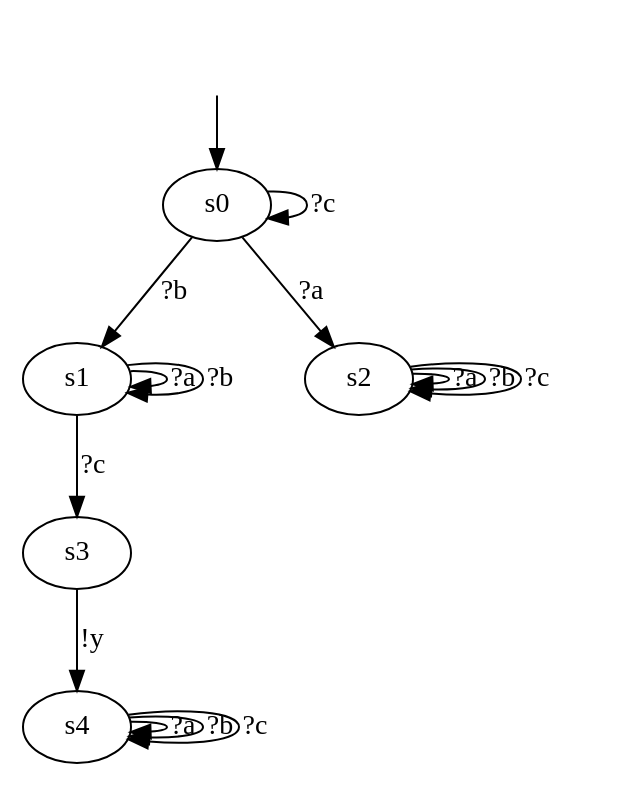
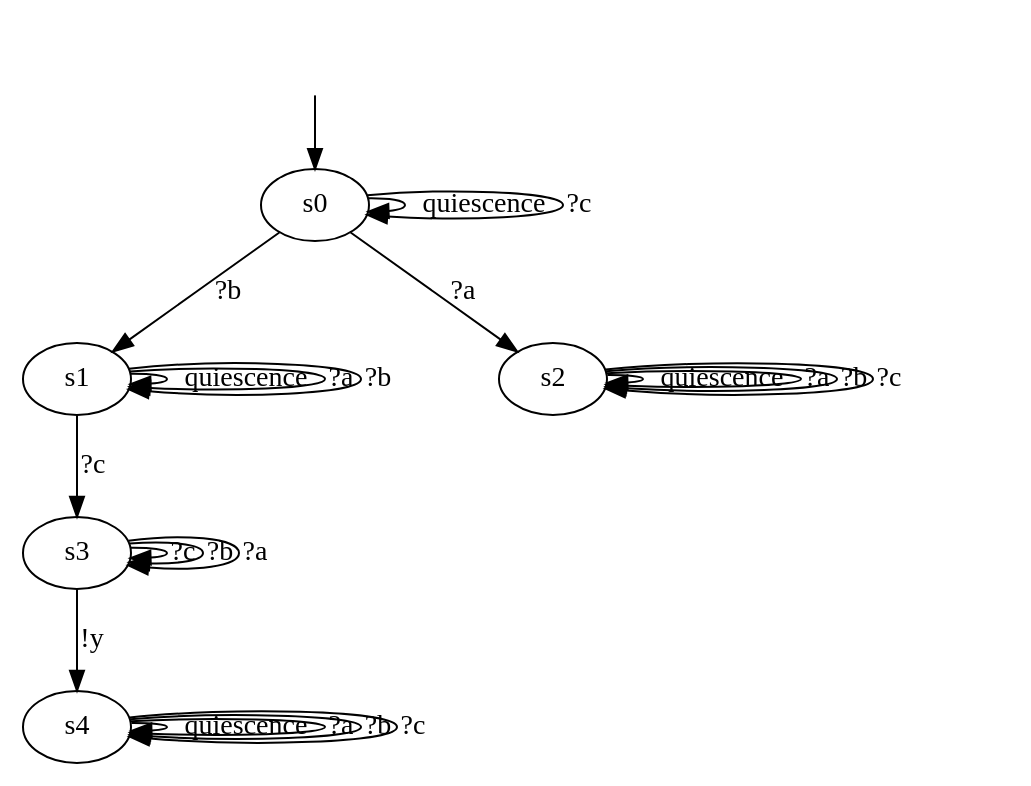
The diagram in DotModels/Iolts/07_iolts.dot (haubitzer/AALpy), drawn with Graphviz before and after one commit. The commit also changed 8 other files, not shown here.

```diff
--- a/DotModels/Iolts/07_iolts.dot
+++ b/DotModels/Iolts/07_iolts.dot
@@ -1,22 +1,29 @@
-digraph learnedModel {
+digraph "../../DotModels/Iolts/07_iolts" {
 s0 [label=s0];
 s1 [label=s1];
 s2 [label=s2];
 s3 [label=s3];
 s4 [label=s4];
+s0 -> s0  [label=quiescence];
+s0 -> s0  [label="?c"];
 s0 -> s2  [label="?a"];
 s0 -> s1  [label="?b"];
-s0 -> s0  [label="?c"];
+s1 -> s1  [label=quiescence];
 s1 -> s1  [label="?a"];
 s1 -> s1  [label="?b"];
 s1 -> s3  [label="?c"];
+s2 -> s2  [label=quiescence];
 s2 -> s2  [label="?a"];
 s2 -> s2  [label="?b"];
 s2 -> s2  [label="?c"];
 s3 -> s4  [label="!y"];
+s3 -> s3  [label="?c"];
+s3 -> s3  [label="?b"];
+s3 -> s3  [label="?a"];
+s4 -> s4  [label=quiescence];
 s4 -> s4  [label="?a"];
 s4 -> s4  [label="?b"];
 s4 -> s4  [label="?c"];
 __start0 [label="", shape=none];
 __start0 -> s0  [label=""];
 }
```
